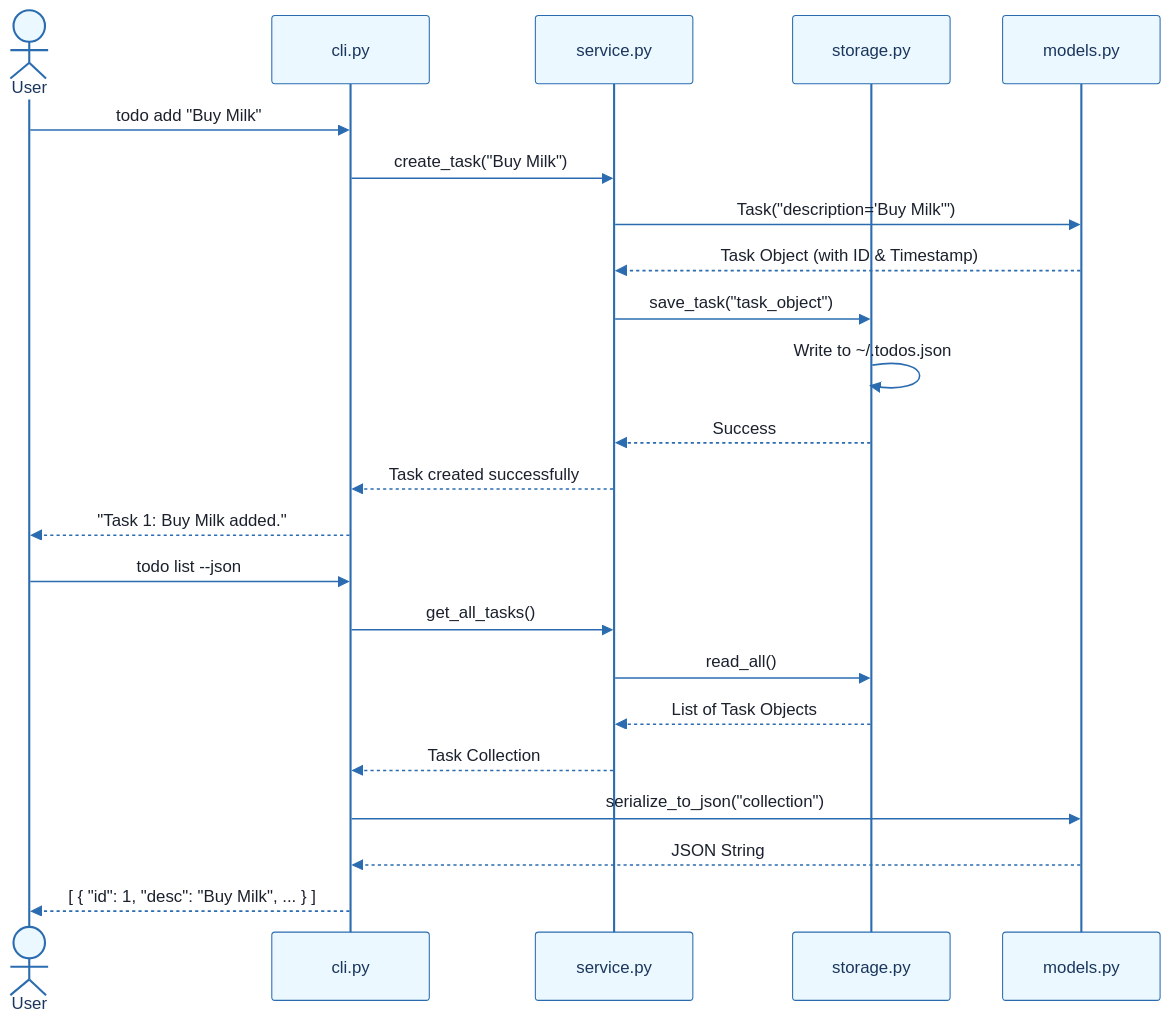
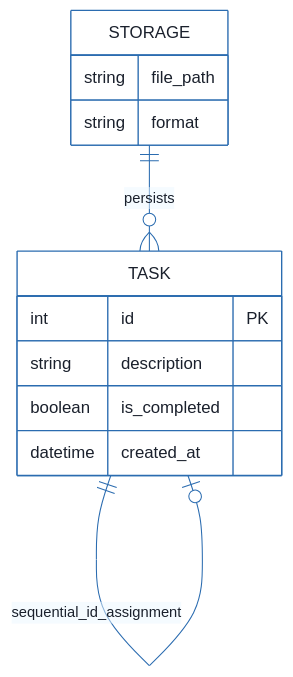
The third of 7 diagrams in outputs/001-cli-todo-manager/markdowns/tasks_v2.0_doc.md (abir-ommezzine/extension-github-spec-kit), drawn with Mermaid before and after one commit. The commit also changed other lines of this file and 76 other files, not shown here.

````diff
--- a/outputs/001-cli-todo-manager/markdowns/tasks_v2.0_doc.md
+++ b/outputs/001-cli-todo-manager/markdowns/tasks_v2.0_doc.md
@@ -239,68 +225,58 @@
 ```mermaid
 %%{init: {
   'theme': 'base',
   'themeVariables': {
     'primaryColor': '#1A365D',
     'primaryTextColor': '#1A202C',
     'primaryBorderColor': '#2B6CB0',
     'lineColor': '#2B6CB0',
     'secondaryColor': '#EBF8FF',
     'tertiaryColor': '#EBF8FF',
     'background': '#FFFFFF',
     'mainBkg': '#FFFFFF',
     'secondBkg': '#EBF8FF',
     'tertiaryBkg': '#F7FAFC',
     'secondaryTextColor': '#4A5568',
     'fontSize': '16px',
     'fontFamily': 'Inter, system-ui, sans-serif',
     'nodePadding': '15px',
     'borderRadius': '8px',
     'edgeLabelBackground': '#EBF8FF',
     'clusterBkg': '#F7FAFC',
     'clusterBorder': '#2B6CB0',
     'defaultLinkColor': '#2B6CB0',
     'titleColor': '#1A365D',
     'actorBorder': '#2B6CB0',
     'actorBkg': '#EBF8FF',
     'actorTextColor': '#1A365D',
     'actorLineColor': '#2B6CB0',
     'signalColor': '#2B6CB0',
     'signalTextColor': '#1A202C',
     'labelBoxBorderColor': '#2B6CB0',
     'labelBoxBkgColor': '#EBF8FF',
     'labelTextColor': '#1A202C',
     'loopTextColor': '#1A202C',
     'arrowHeadColor': '#2B6CB0',
     'sequenceNumberColor': '#1A365D',
     'sequenceActorBorder': '#2B6CB0',
     'sequenceActorBkg': '#EBF8FF',
     'sequenceArrowColor': '#2B6CB0',
     'noteBkgColor': '#FFF5EB',
     'noteBorderColor': '#DD6B20',
     'noteTextColor': '#1A202C'
   }
 }}%%
-sequenceDiagram
-    actor User
-    participant CLI as cli.py
-    participant Service as service.py
-    participant Storage as storage.py
-    participant Model as models.py
-    User->>CLI: todo add "Buy Milk"
-    CLI->>Service: create_task("Buy Milk")
-    Service->>Model: Task("description='Buy Milk'")
-    Model-->>Service: Task Object (with ID & Timestamp)
-    Service->>Storage: save_task("task_object")
-    Storage->>Storage: Write to ~/.todos.json
-    Storage-->>Service: Success
-    Service-->>CLI: Task created successfully
-    CLI-->>User: "Task 1: Buy Milk added."
-    User->>CLI: todo list --json
-    CLI->>Service: get_all_tasks()
-    Service->>Storage: read_all()
-    Storage-->>Service: List of Task Objects
-    Service-->>CLI: Task Collection
-    CLI->>Model: serialize_to_json("collection")
-    Model-->>CLI: JSON String
-    CLI-->>User: [ { "id": 1, "desc": "Buy Milk", ... } ]
+erDiagram
+    TASK {
+        int id PK
+        string description
+        boolean is_completed
+        datetime created_at
+    }
+    STORAGE {
+        string file_path
+        string format
+    }
+    STORAGE ||--o{ TASK : "persists"
+    TASK ||--o| TASK : "sequential_id_assignment"
 ```
````
